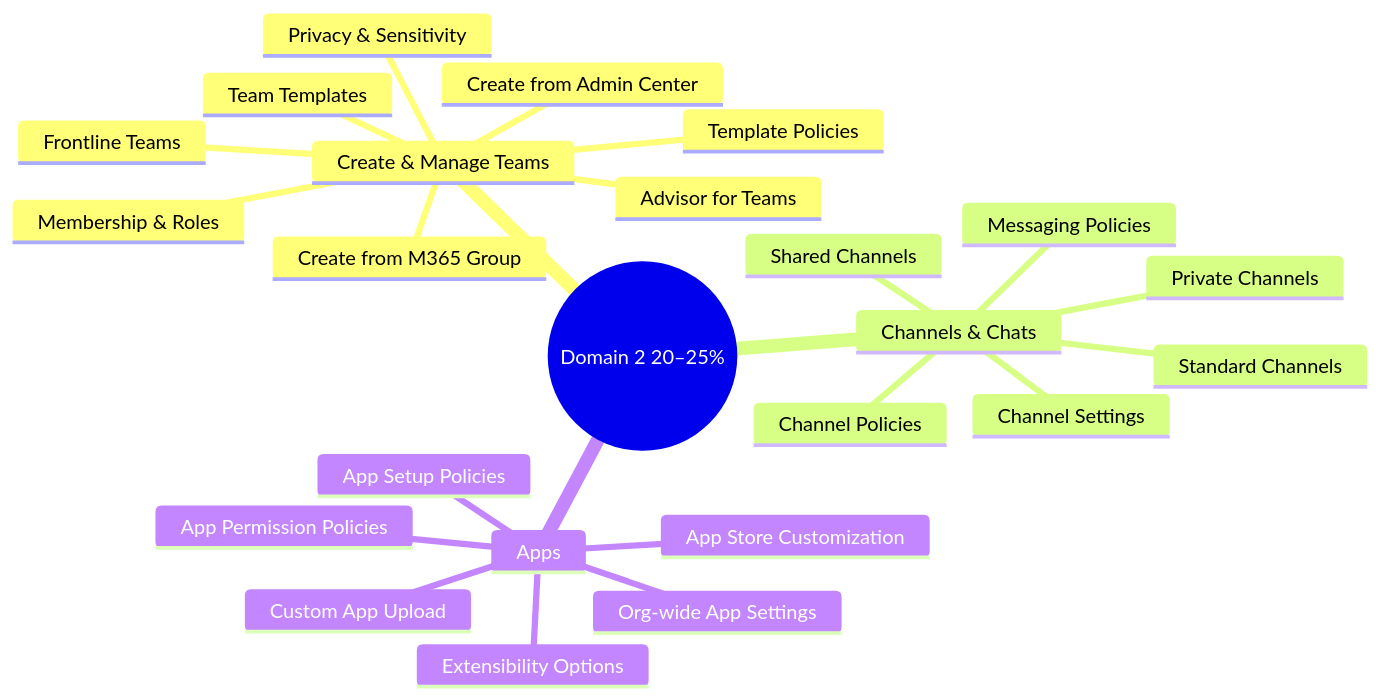
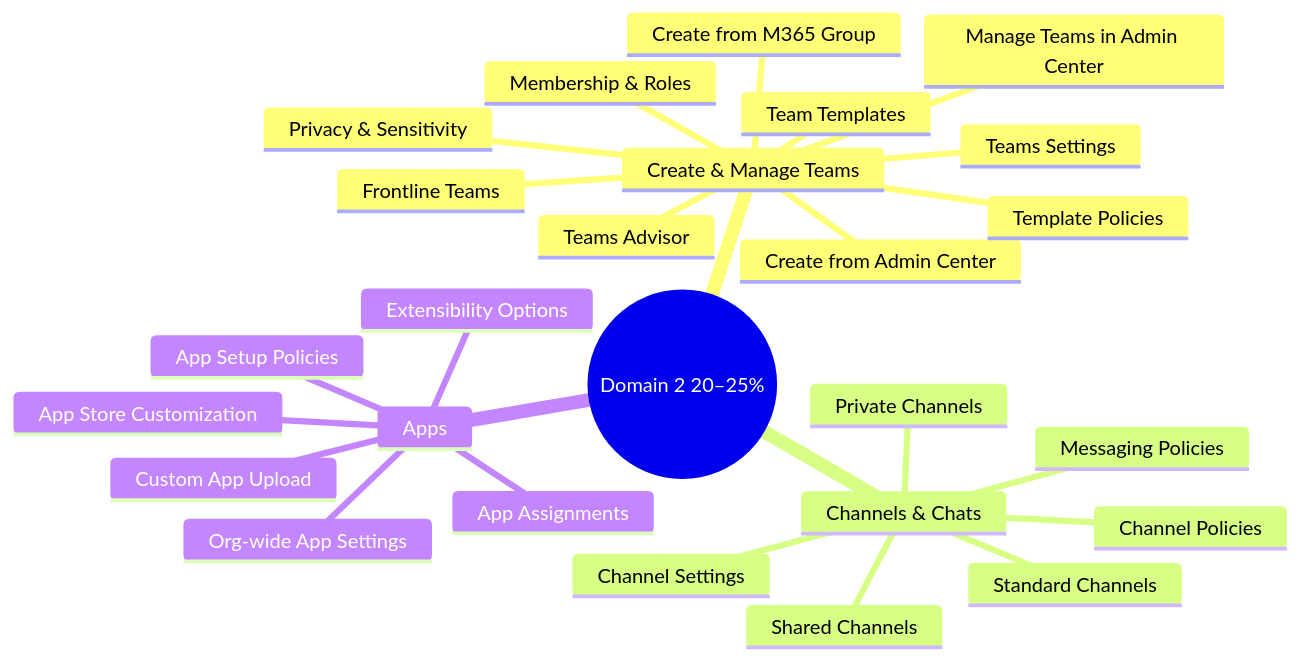
The first of 3 diagrams in 02-teams-channels-chats-apps.md (marcogrimaldi29/ms-700-study-notes), drawn with Mermaid before and after one commit. The commit also changed other lines of this file and 6 other files, not shown here.

````diff
--- a/02-teams-channels-chats-apps.md
+++ b/02-teams-channels-chats-apps.md
@@ -18,27 +18,29 @@
 ```mermaid
 mindmap
   root((Domain 2 20–25%))
     Create & Manage Teams
-      Advisor for Teams
+      Teams Advisor
       Create from Admin Center
       Create from M365 Group
       Team Templates
       Template Policies
       Membership & Roles
+      Manage Teams in Admin Center
+      Teams Settings
       Privacy & Sensitivity
       Frontline Teams
     Channels & Chats
       Standard Channels
       Private Channels
       Shared Channels
       Channel Settings
       Channel Policies
       Messaging Policies
     Apps
       Org-wide App Settings
       App Setup Policies
-      App Permission Policies
+      App Assignments
       App Store Customization
       Custom App Upload
       Extensibility Options
 ```
````
